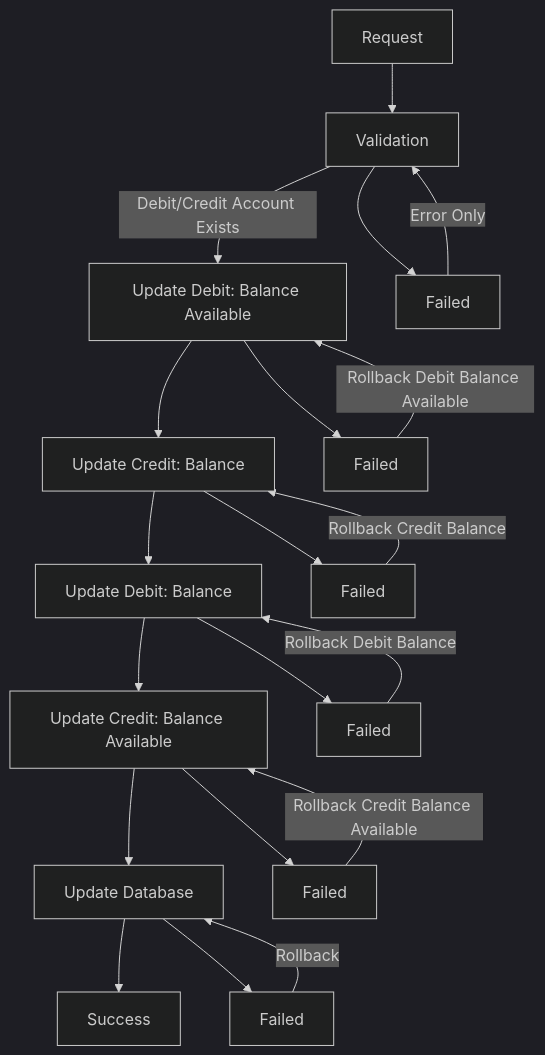
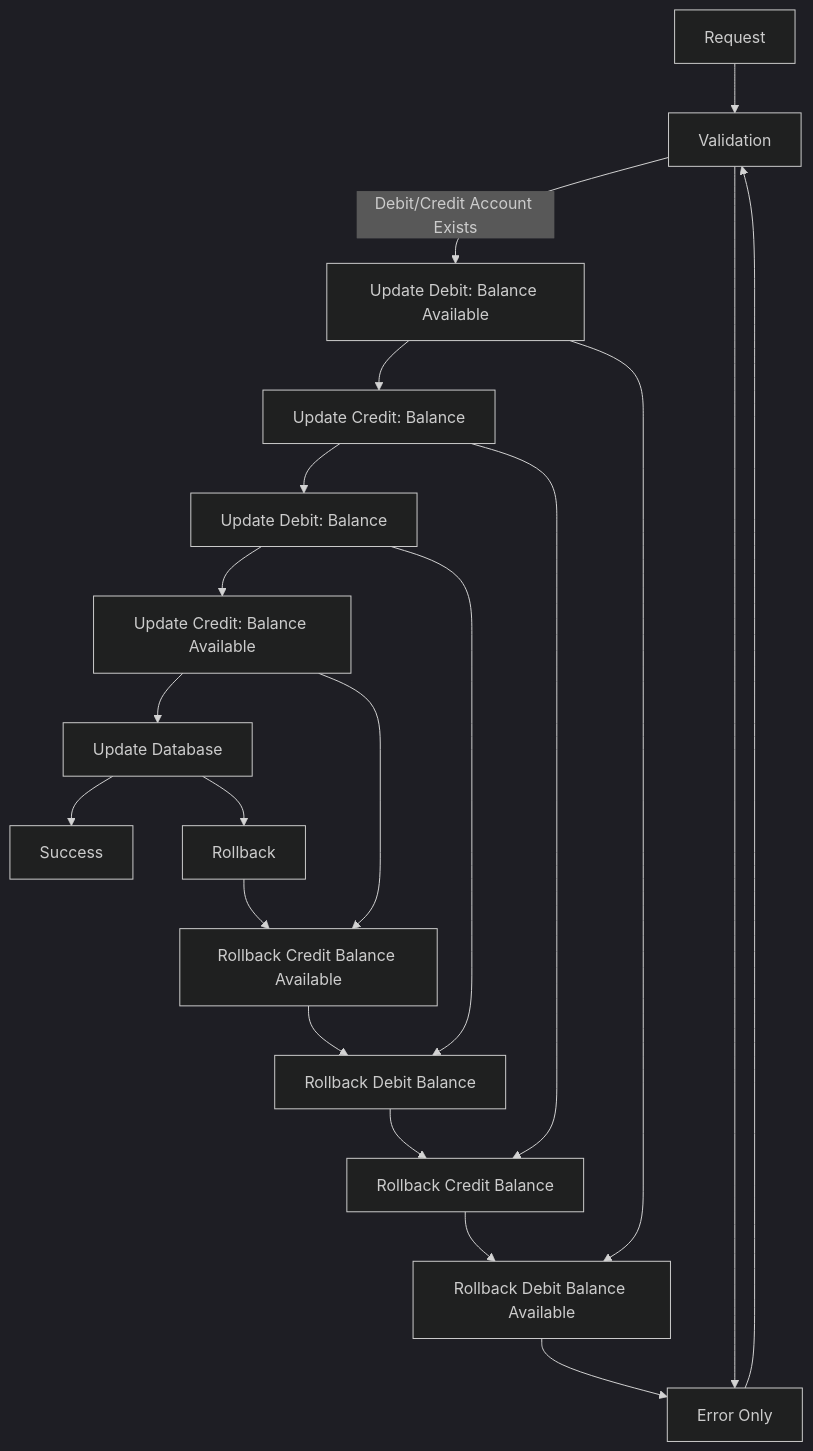
One commit to jzebedee/SagaBank changed the diagram in README.md. Above: the diagram before and after it, drawn with Mermaid (dark theme). The commit also changed other lines of this file, not shown here.

````diff
--- a/README.md
+++ b/README.md
@@ -13,23 +17,23 @@
 ```mermaid
 graph TD
 
 Request --> Validation
 
 Validation -- "Debit/Credit Account Exists" --> UD_BalA[Update Debit: Balance Available]
-Validation --> V_Fail[Failed] -- "Error Only" --> Validation
+Validation --> V_Fail[Error Only] --> Validation
 
 UD_BalA --> UC_Bal[Update Credit: Balance]
-UD_BalA --> UD_BalA_Fail[Failed] -- "Rollback Debit Balance Available" --> UD_BalA
+UD_BalA --> UD_BalA_Fail[Rollback Debit Balance Available] --> V_Fail
 
 UC_Bal --> UD_Bal[Update Debit: Balance]
-UC_Bal --> UC_Bal_Fail[Failed] -- "Rollback Credit Balance" --> UC_Bal
+UC_Bal --> UC_Bal_Fail[Rollback Credit Balance] --> UD_BalA_Fail
 
 UD_Bal --> UC_BalA[Update Credit: Balance Available]
-UD_Bal --> UD_Bal_Fail[Failed] -- "Rollback Debit Balance" --> UD_Bal
+UD_Bal --> UD_Bal_Fail[Rollback Debit Balance] --> UC_Bal_Fail
 
 UC_BalA --> Upd_DB[Update Database]
-UC_BalA --> UC_BalA_Fail[Failed] -- "Rollback Credit Balance Available" --> UC_BalA
+UC_BalA --> UC_BalA_Fail[Rollback Credit Balance Available] --> UD_Bal_Fail
 
 Upd_DB --> Success
-Upd_DB --> Upd_DB_Fail[Failed] -- "Rollback" --> Upd_DB
+Upd_DB --> Upd_DB_Fail[Rollback] --> UC_BalA_Fail
 ```
````
